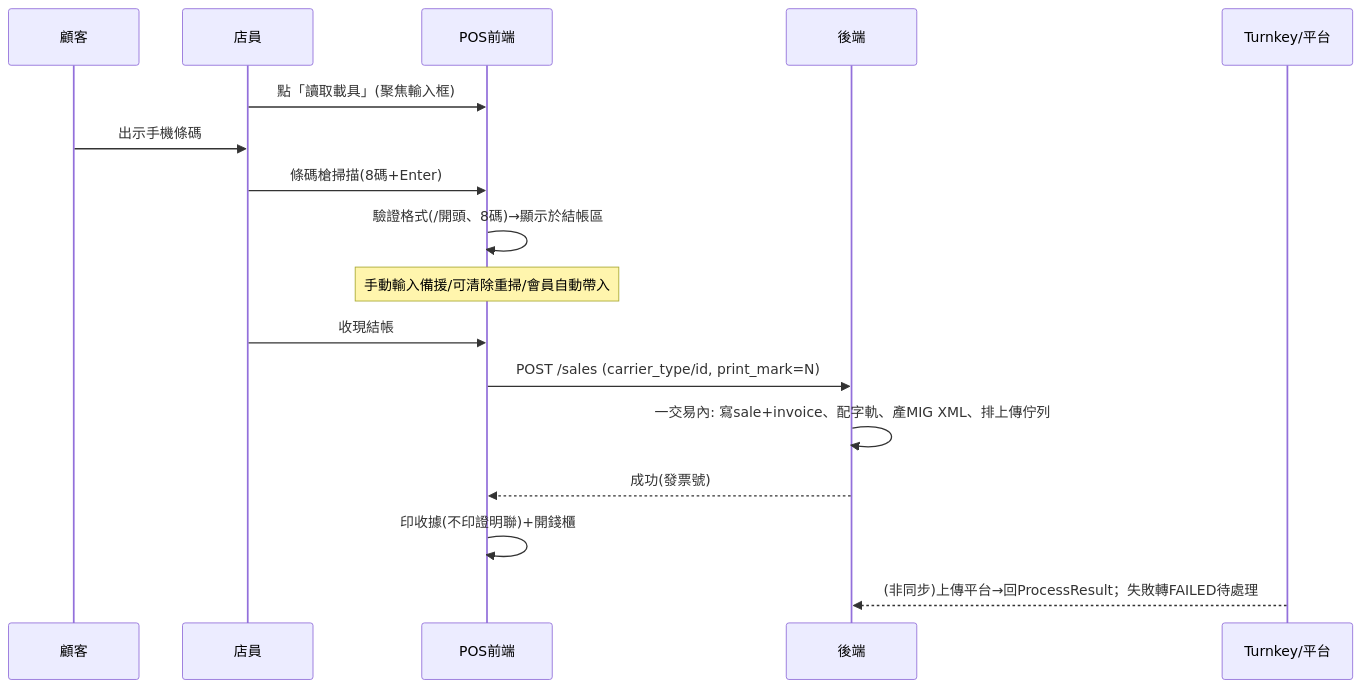
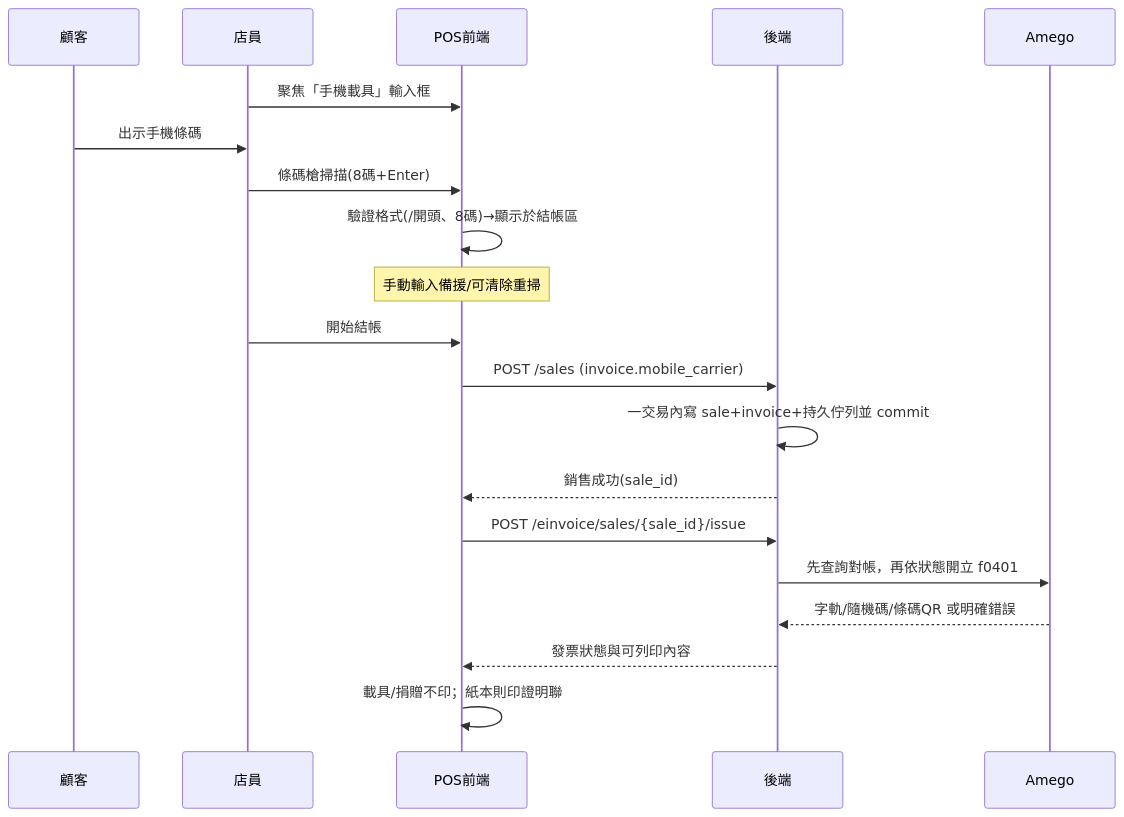
Before and after one commit to achicn3/lu-camp: the third of 3 diagrams in docs/10-frontend-spec.md, drawn with Mermaid. The commit also changed other lines of this file and 24 other files, not shown here.

````diff
--- a/docs/10-frontend-spec.md
+++ b/docs/10-frontend-spec.md
@@ -153,19 +160,22 @@
 ```mermaid
 sequenceDiagram
     participant C as 顧客
     participant S as 店員
     participant POS as POS前端
     participant API as 後端
-    participant TK as Turnkey/平台
-    S->>POS: 點「讀取載具」(聚焦輸入框)
+    participant AM as Amego
+    S->>POS: 聚焦「手機載具」輸入框
     C->>S: 出示手機條碼
     S->>POS: 條碼槍掃描(8碼+Enter)
     POS->>POS: 驗證格式(/開頭、8碼)→顯示於結帳區
-    Note over POS: 手動輸入備援/可清除重掃/會員自動帶入
-    S->>POS: 收現結帳
-    POS->>API: POST /sales (carrier_type/id, print_mark=N)
-    API->>API: 一交易內: 寫sale+invoice、配字軌、產MIG XML、排上傳佇列
-    API-->>POS: 成功(發票號)
-    POS->>POS: 印收據(不印證明聯)+開錢櫃
-    TK-->>API: (非同步)上傳平台→回ProcessResult；失敗轉FAILED待處理
+    Note over POS: 手動輸入備援/可清除重掃
+    S->>POS: 開始結帳
+    POS->>API: POST /sales (invoice.mobile_carrier)
+    API->>API: 一交易內寫 sale+invoice+持久佇列並 commit
+    API-->>POS: 銷售成功(sale_id)
+    POS->>API: POST /einvoice/sales/{sale_id}/issue
+    API->>AM: 先查詢對帳，再依狀態開立 f0401
+    AM-->>API: 字軌/隨機碼/條碼QR 或明確錯誤
+    API-->>POS: 發票狀態與可列印內容
+    POS->>POS: 載具/捐贈不印；紙本則印證明聯
 ```
````
